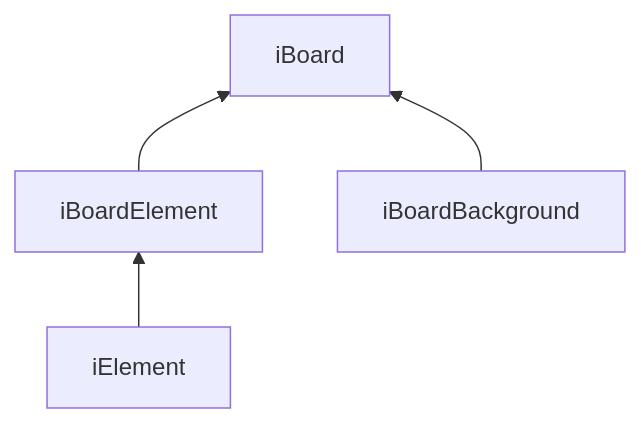
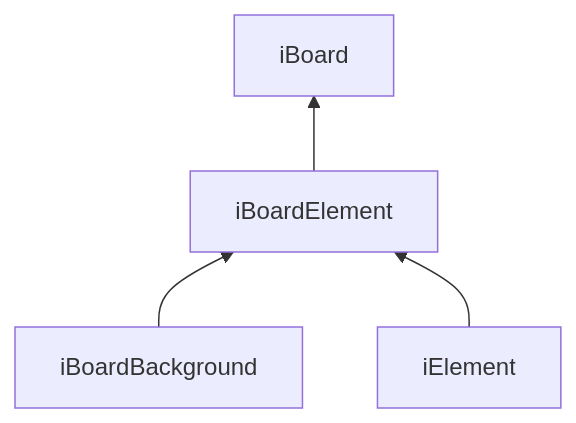
Before and after one commit to ricardodarocha/iBoard: the diagram in README.md, drawn with Mermaid. The commit also changed other lines of this file, not shown here.

````diff
--- a/README.md
+++ b/README.md
@@ -9,10 +9,10 @@
 ``` mermaid
 flowchart BT
 b[iBoard]
 e[iBoardElement]
 f[iBoardBackground]
 p[iElement]
 e-->b
-f-->b
+f-->e
 p-->e
 ```
````
